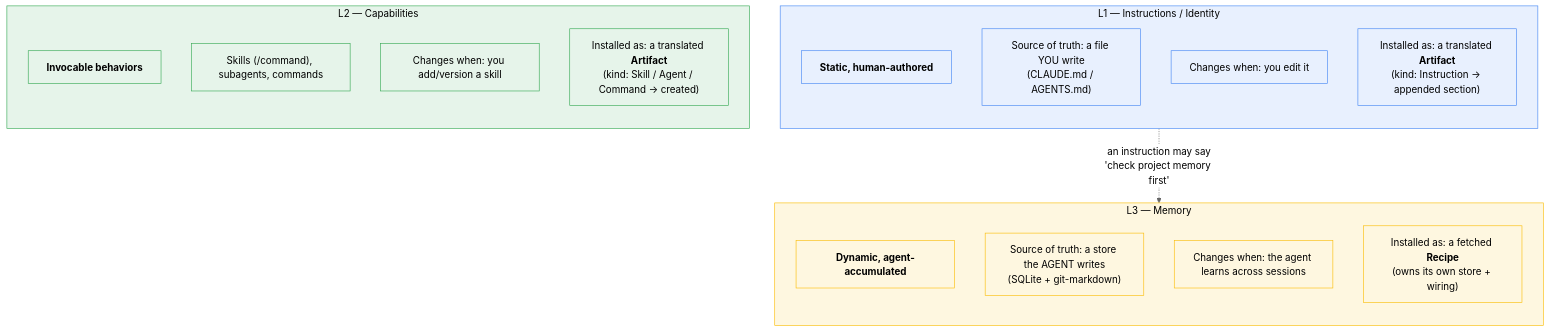
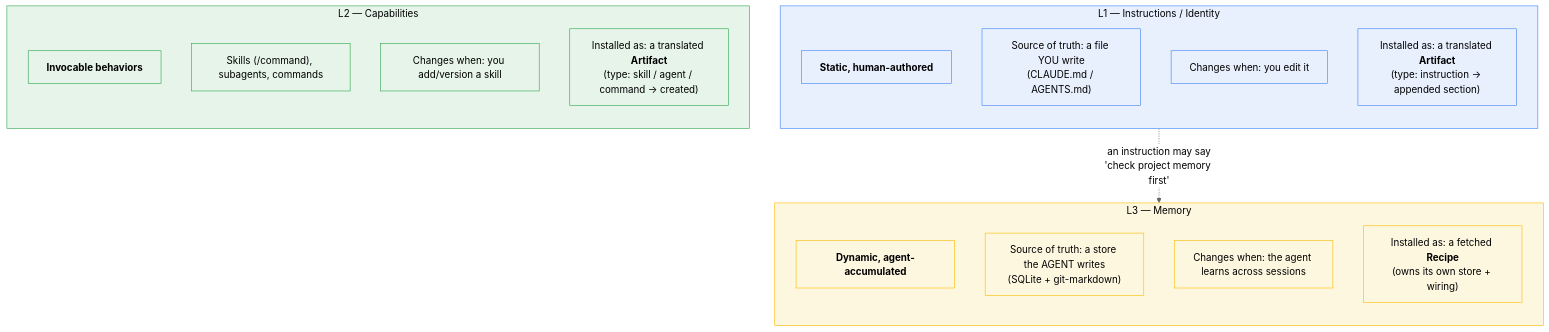
Before and after one commit to darkquasar/patronus: the second of 7 diagrams in README.md, drawn with Mermaid (neutral theme). The commit also changed other lines of this file, not shown here.

First line of the commit message:
Schema v2 R5: docs — ontology diagram + v2 vocabulary in README

````diff
--- a/README.md
+++ b/README.md
@@ -71,35 +71,35 @@
 ```mermaid
 flowchart TB
     subgraph L1["L1 — Instructions / Identity"]
         direction TB
         L1a["<b>Static, human-authored</b>"]
         L1b["Source of truth: a file YOU write<br/>(CLAUDE.md / AGENTS.md)"]
         L1c["Changes when: you edit it"]
-        L1d["Installed as: a translated <b>Artifact</b><br/>(kind: Instruction → appended section)"]
+        L1d["Installed as: a translated <b>Artifact</b><br/>(type: instruction → appended section)"]
     end
 
     subgraph L2["L2 — Capabilities"]
         direction TB
         L2a["<b>Invocable behaviors</b>"]
         L2b["Skills (/command), subagents, commands"]
         L2c["Changes when: you add/version a skill"]
-        L2d["Installed as: a translated <b>Artifact</b><br/>(kind: Skill / Agent / Command → created)"]
+        L2d["Installed as: a translated <b>Artifact</b><br/>(type: skill / agent / command → created)"]
     end
 
     subgraph L3["L3 — Memory"]
         direction TB
         L3a["<b>Dynamic, agent-accumulated</b>"]
         L3b["Source of truth: a store the AGENT writes<br/>(SQLite + git-markdown)"]
         L3c["Changes when: the agent learns across sessions"]
         L3d["Installed as: a fetched <b>Recipe</b><br/>(owns its own store + wiring)"]
     end
 
     L1 -. "an instruction may say<br/>'check project memory first'" .-> L3
 
     classDef l1 fill:#e8f0fe,stroke:#4285f4,color:#000;
     classDef l2 fill:#e6f4ea,stroke:#34a853,color:#000;
     classDef l3 fill:#fef7e0,stroke:#fbbc04,color:#000;
     class L1,L1a,L1b,L1c,L1d l1
     class L2,L2a,L2b,L2c,L2d l2
     class L3,L3a,L3b,L3c,L3d l3
 ```
````
